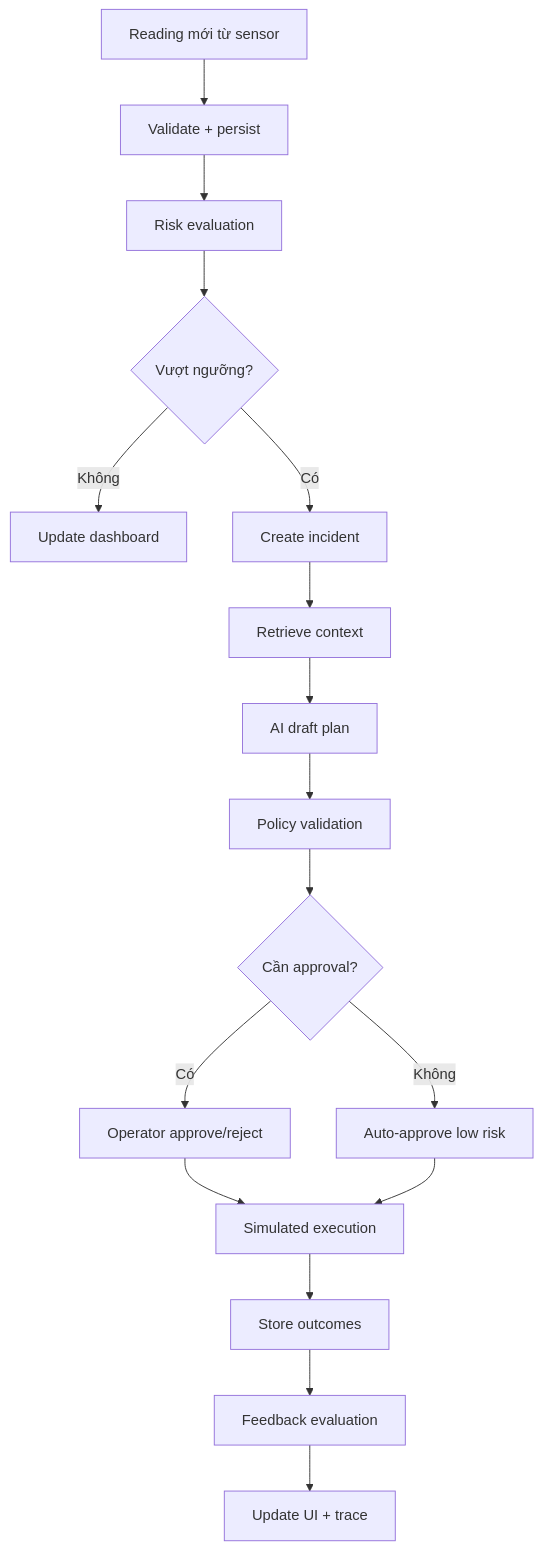
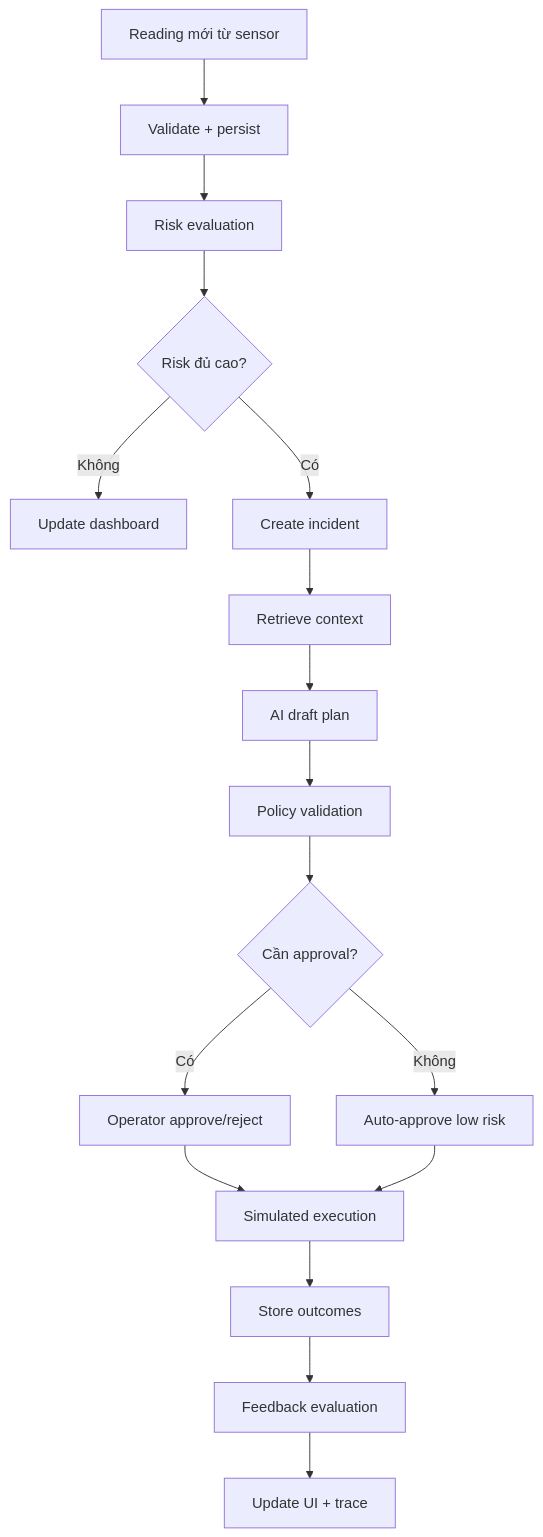
Before and after one commit to coquach/Mekong-SALT: the second of 5 diagrams in README.md, drawn with Mermaid. The commit also changed other lines of this file and 33 other files, not shown here.

````diff
--- a/README.md
+++ b/README.md
@@ -200,19 +200,19 @@
 ```mermaid
 flowchart TD
     A[Reading mới từ sensor] --> B[Validate + persist]
     B --> C[Risk evaluation]
-    C --> D{Vượt ngưỡng?}
+    C --> D{Risk đủ cao?}
     D -- Không --> E[Update dashboard]
     D -- Có --> F[Create incident]
     F --> G[Retrieve context]
     G --> H[AI draft plan]
     H --> I[Policy validation]
     I --> J{Cần approval?}
     J -- Có --> K[Operator approve/reject]
     J -- Không --> L[Auto-approve low risk]
     K --> M[Simulated execution]
     L --> M
     M --> N[Store outcomes]
     N --> O[Feedback evaluation]
     O --> P[Update UI + trace]
 ```
````
